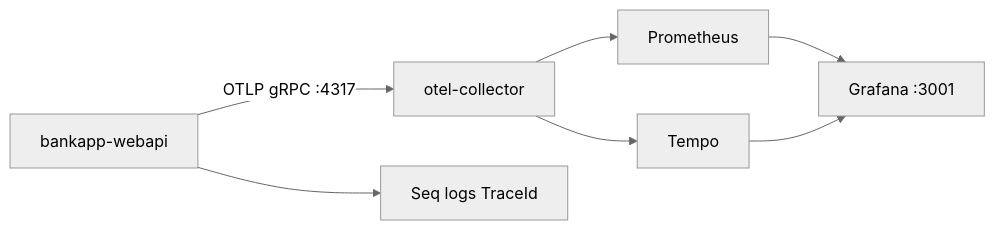
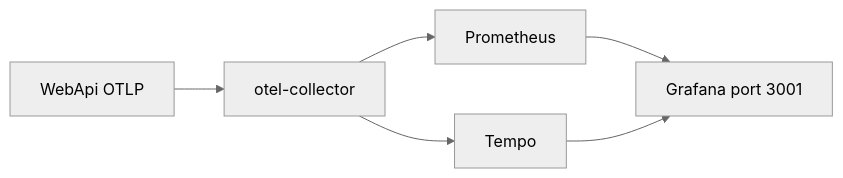
The first of 2 diagrams in docs/learning/en/18-otel-observability.md (fdeniz07/BankApp), drawn with Mermaid (neutral theme) before and after one commit. The commit also changed other lines of this file and 105 other files, not shown here.

First line of the commit message:
doc: Enrich learning chapters with labs, pitfalls, and safe Mermaid

````diff
--- a/docs/learning/en/18-otel-observability.md
+++ b/docs/learning/en/18-otel-observability.md
@@ -12,9 +14,8 @@
 ```mermaid
 flowchart LR
-  API[bankapp-webapi] -->|OTLP gRPC :4317| COL[otel-collector]
-  COL --> PROM[Prometheus]
-  COL --> TEMPO[Tempo]
-  PROM --> GRAF[Grafana :3001]
+  API["WebApi OTLP"] --> COL["otel-collector"]
+  COL --> PROM["Prometheus"]
+  COL --> TEMPO["Tempo"]
+  PROM --> GRAF["Grafana port 3001"]
   TEMPO --> GRAF
-  API --> SEQ[Seq logs TraceId]
 ```
````
